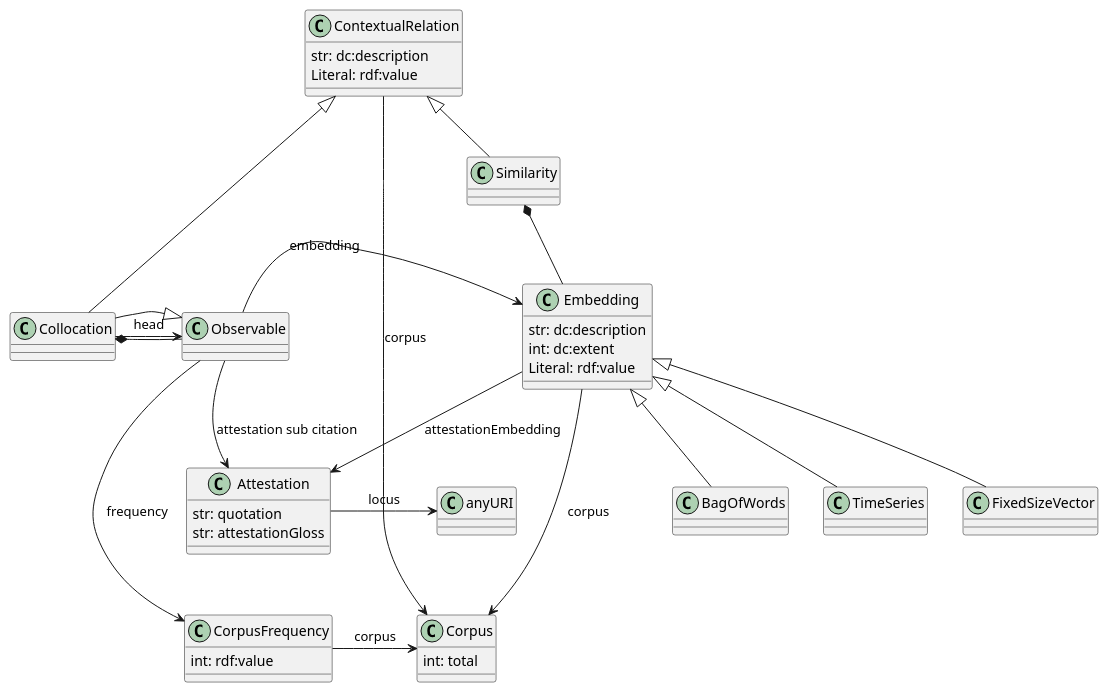
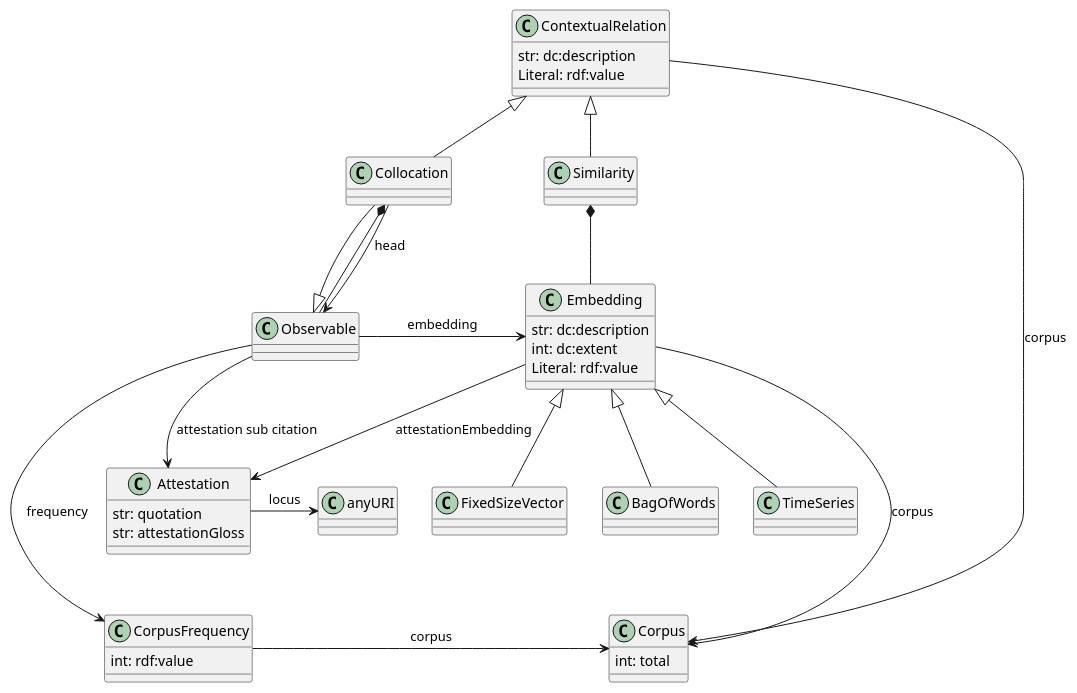
The diagram in img/diagram.puml (ontolex/frequency-attestation-corpus-information), drawn with PlantUML before and after one commit.

```diff
--- a/img/diagram.puml
+++ b/img/diagram.puml
@@ -1,55 +1,55 @@
 @startuml
 
 Collocation *-down- Observable
 
 Embedding -down-> Attestation: attestationEmbedding
 Attestation -[hidden]-> CorpusFrequency
 
 
 Observable -> Embedding: embedding
 Observable -> CorpusFrequency: frequency
 Observable -> Attestation: attestation sub citation
 
 class Embedding {
  str: dc:description
  int: dc:extent
  Literal: rdf:value
 }
 
 FixedSizeVector -up-|> Embedding
 BagOfWords -up-|> Embedding
 TimeSeries -up-|> Embedding
 
 class ContextualRelation {
   str: dc:description
   Literal: rdf:value
 }
 
 ContextualRelation <|-down- Collocation
 ContextualRelation <|-down- Similarity
 Similarity *-down- Embedding
 
 class CorpusFrequency {
   int: rdf:value
 }
 
 class Attestation {
   str: quotation
   str: attestationGloss
 }
 
 class Corpus {
   int: total
 }
 
 Attestation -> anyURI: locus
 CorpusFrequency -> Corpus: corpus
 Embedding -> Corpus: corpus
 ContextualRelation -> Corpus: corpus
 
 anyURI -[hidden]-> Corpus
 
-Collocation -> Observable: head
-Collocation -|> Observable
+Collocation -down-> Observable: head
+Collocation -down-|> Observable
 
 @enduml
```
